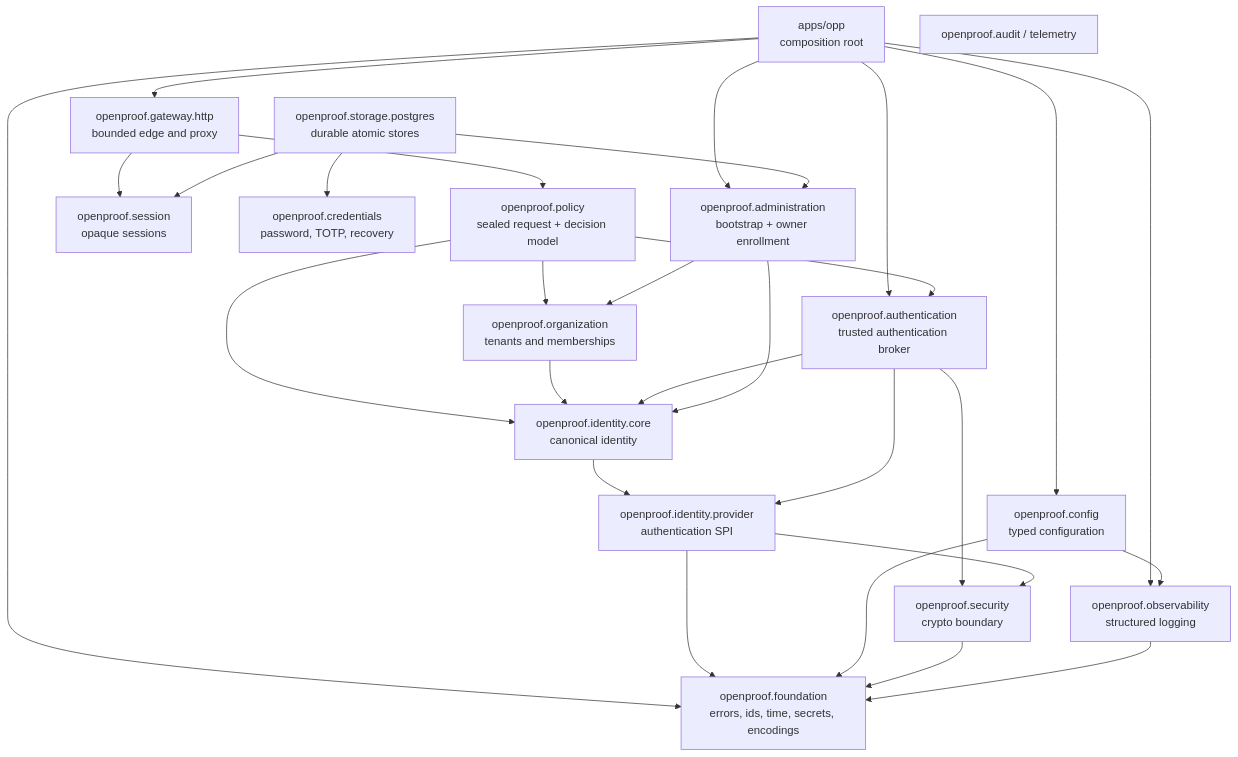
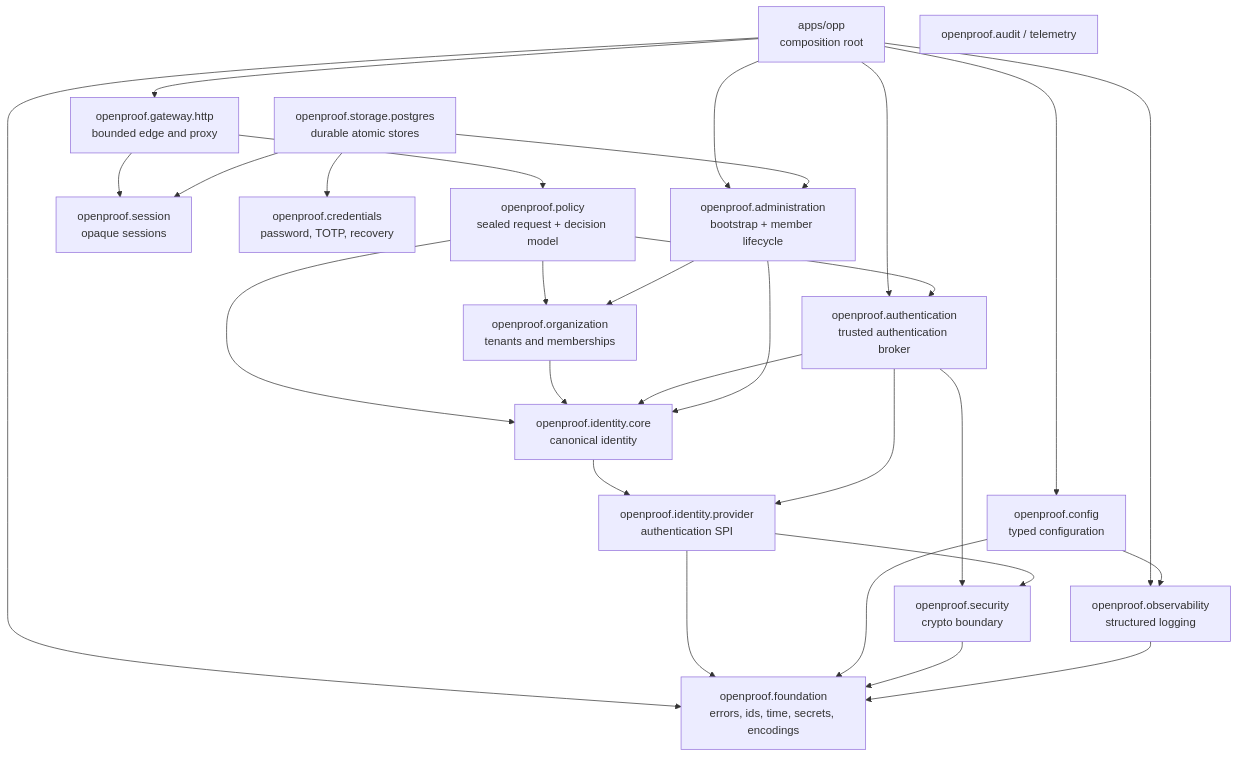
One commit to genyleap/openproof changed the first of 2 diagrams in docs/01-ARCHITECTURE.md. Above: the diagram before and after it, drawn with Mermaid. The commit also changed other lines of this file and 14 other files, not shown here.

````diff
--- a/docs/01-ARCHITECTURE.md
+++ b/docs/01-ARCHITECTURE.md
@@ -16,49 +16,49 @@
 ```mermaid
 graph TD
     opp["apps/opp<br/>composition root"]
 
     auth["openproof.authentication<br/>trusted authentication broker"]
-    admin["openproof.administration<br/>bootstrap + owner enrollment"]
+    admin["openproof.administration<br/>bootstrap + member lifecycle"]
     sess["openproof.session<br/>opaque sessions"]
     cred["openproof.credentials<br/>password, TOTP, recovery"]
     gw["openproof.gateway.http<br/>bounded edge and proxy"]
     pg["openproof.storage.postgres<br/>durable atomic stores"]
     audit["openproof.audit / telemetry"]
     idp["openproof.identity.provider<br/>authentication SPI"]
     core["openproof.identity.core<br/>canonical identity"]
     org["openproof.organization<br/>tenants and memberships"]
     policy["openproof.policy<br/>sealed request + decision model"]
     config["openproof.config<br/>typed configuration"]
     security["openproof.security<br/>crypto boundary"]
     obs["openproof.observability<br/>structured logging"]
     fnd["openproof.foundation<br/>errors, ids, time, secrets, encodings"]
 
     opp --> auth
     opp --> admin
     opp --> gw
     opp --> config
     opp --> obs
     opp --> fnd
 
     policy --> auth
     policy --> org
     policy --> core
     org --> core
     core --> idp
     auth --> core
     auth --> idp
     auth --> security
     admin --> org
     admin --> core
     pg --> admin
     gw --> sess
     gw --> policy
     pg --> sess
     pg --> cred
     idp --> security
     idp --> fnd
     config --> obs
     config --> fnd
     security --> fnd
     obs --> fnd
 ```
````
